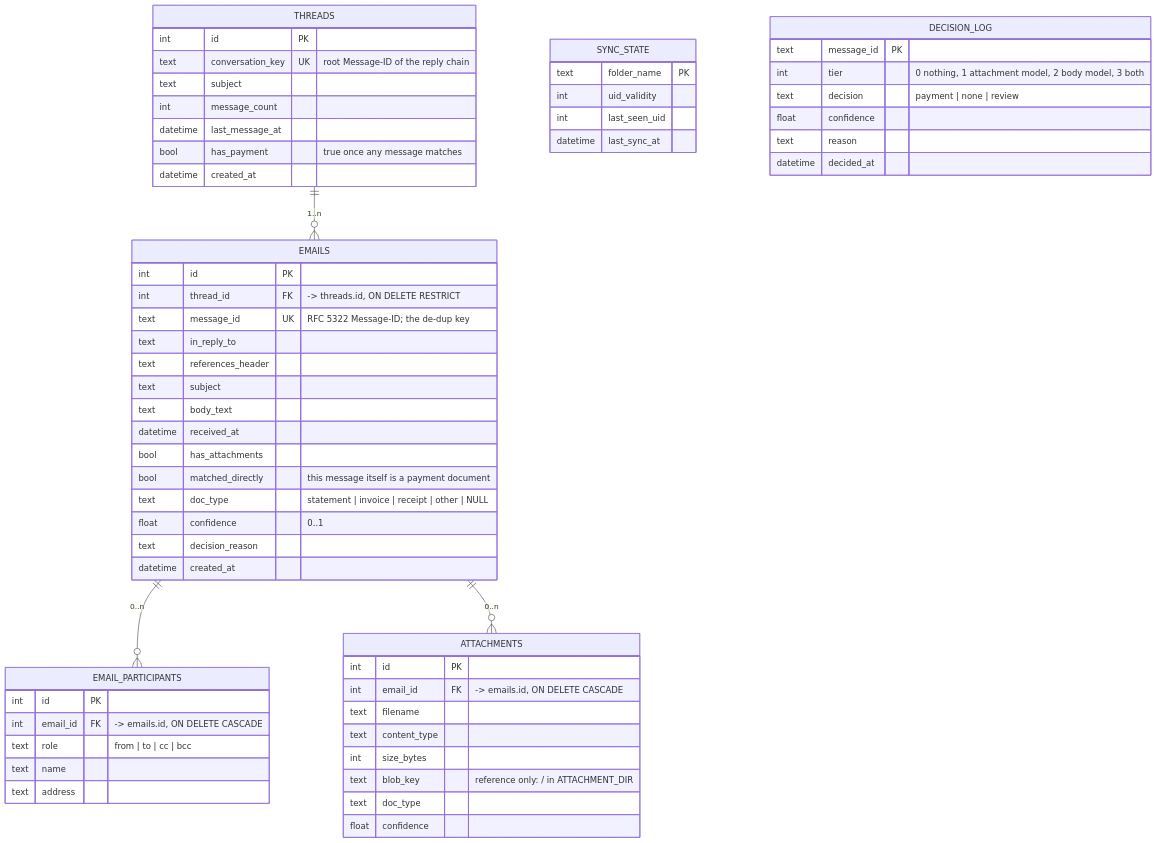
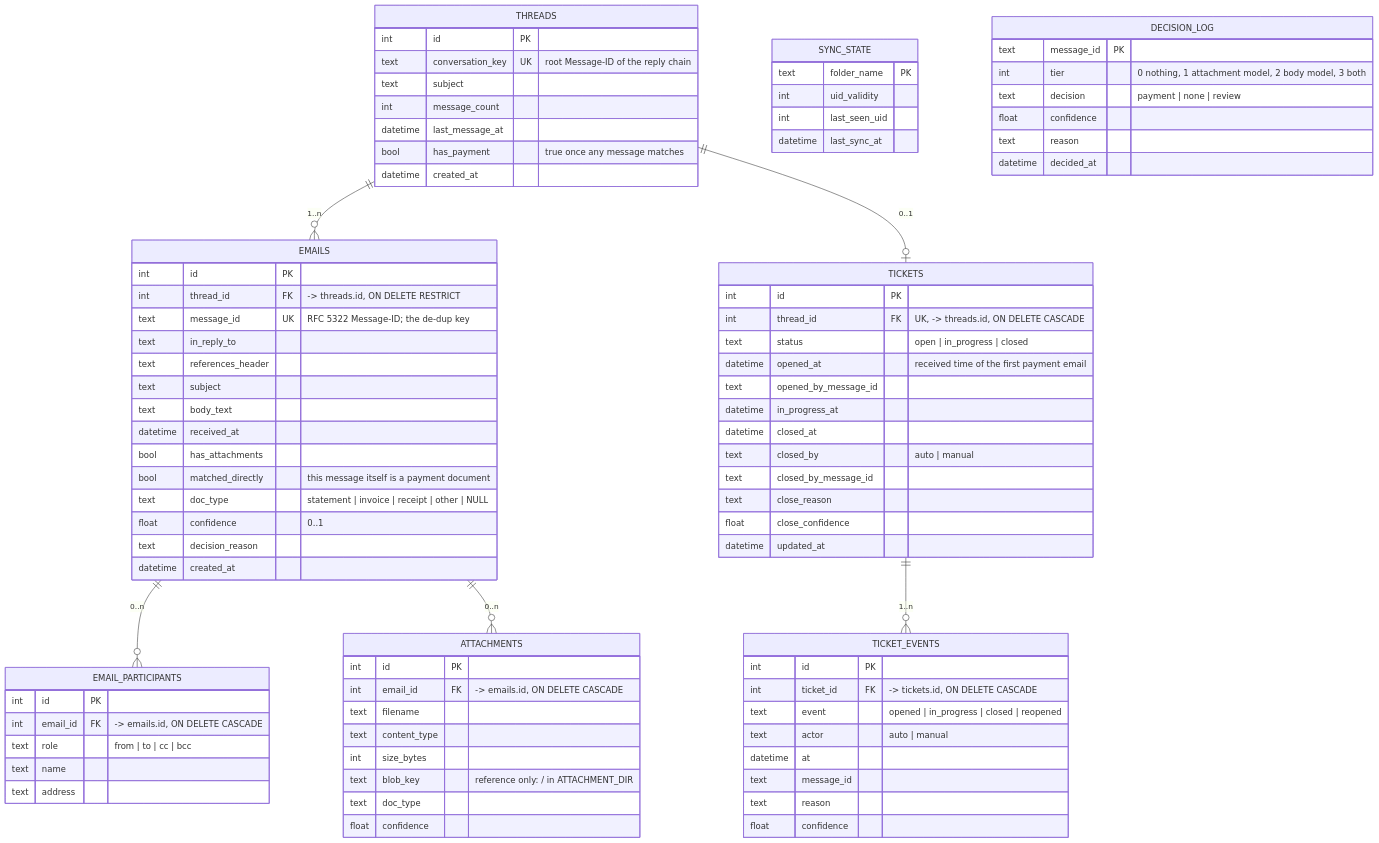
Before and after one commit to pawand2611/demo_email_fetcher: the diagram in backend/SCHEMA.md, drawn with Mermaid. The commit also changed other lines of this file and 25 other files, not shown here.

First line of the commit message:
Aging tickets per payment thread; faster frontend and backend reads

````diff
--- a/backend/SCHEMA.md
+++ b/backend/SCHEMA.md
@@ -16,6 +17,8 @@
     THREADS ||--o{ EMAILS : "1..n"
     EMAILS ||--o{ EMAIL_PARTICIPANTS : "0..n"
     EMAILS ||--o{ ATTACHMENTS : "0..n"
+    THREADS ||--o| TICKETS : "0..1"
+    TICKETS ||--o{ TICKET_EVENTS : "1..n"
 
     THREADS {
         int      id               PK
@@ -73,4 +76,28 @@
         text     reason
         datetime decided_at
     }
+    TICKETS {
+        int      id                   PK
+        int      thread_id            FK "UK, -> threads.id, ON DELETE CASCADE"
+        text     status               "open | in_progress | closed"
+        datetime opened_at            "received time of the first payment email"
+        text     opened_by_message_id
+        datetime in_progress_at
+        datetime closed_at
+        text     closed_by            "auto | manual"
+        text     closed_by_message_id
+        text     close_reason
+        float    close_confidence
+        datetime updated_at
+    }
+    TICKET_EVENTS {
+        int      id         PK
+        int      ticket_id  FK "-> tickets.id, ON DELETE CASCADE"
+        text     event      "opened | in_progress | closed | reopened"
+        text     actor      "auto | manual"
+        datetime at
+        text     message_id
+        text     reason
+        float    confidence
+    }
 ```
````
